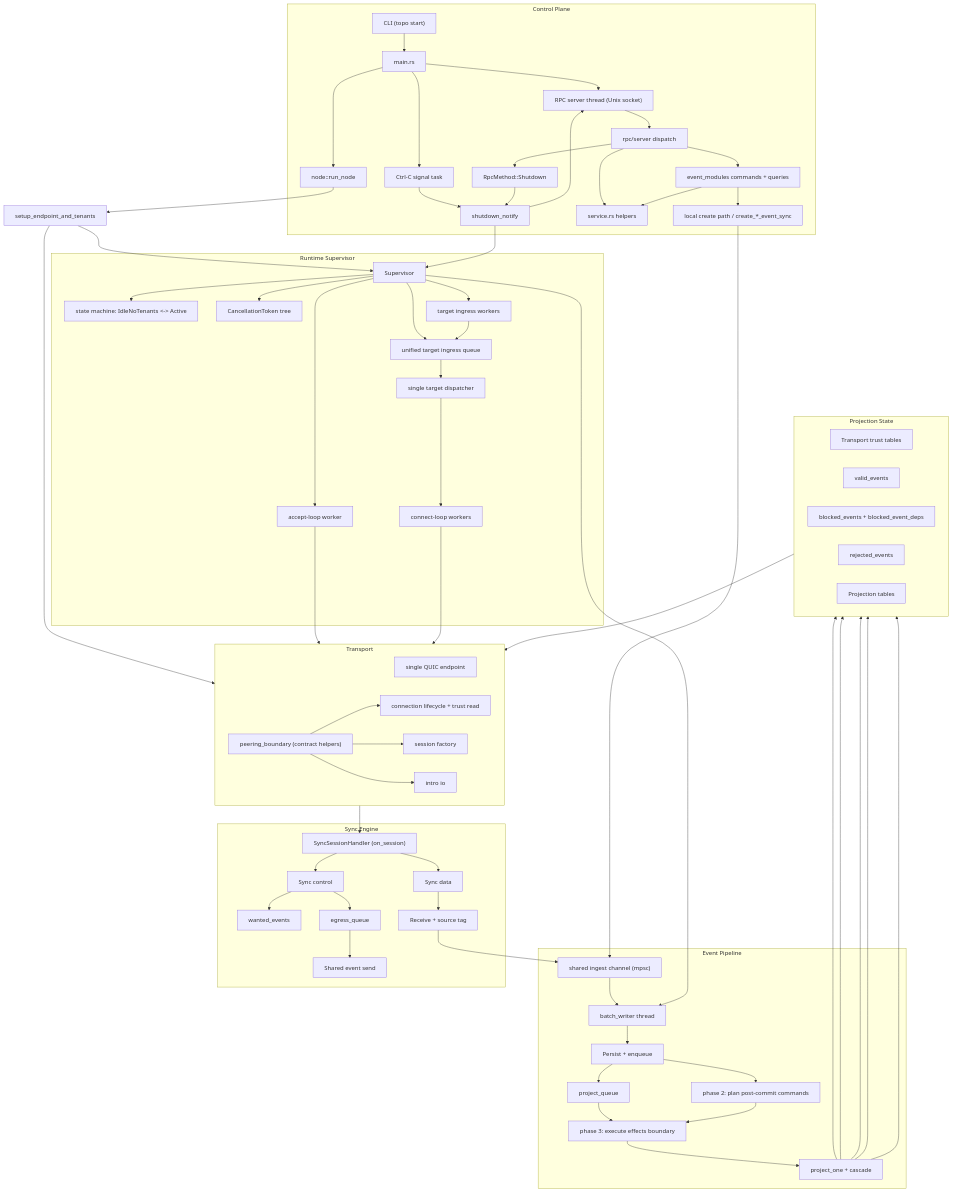
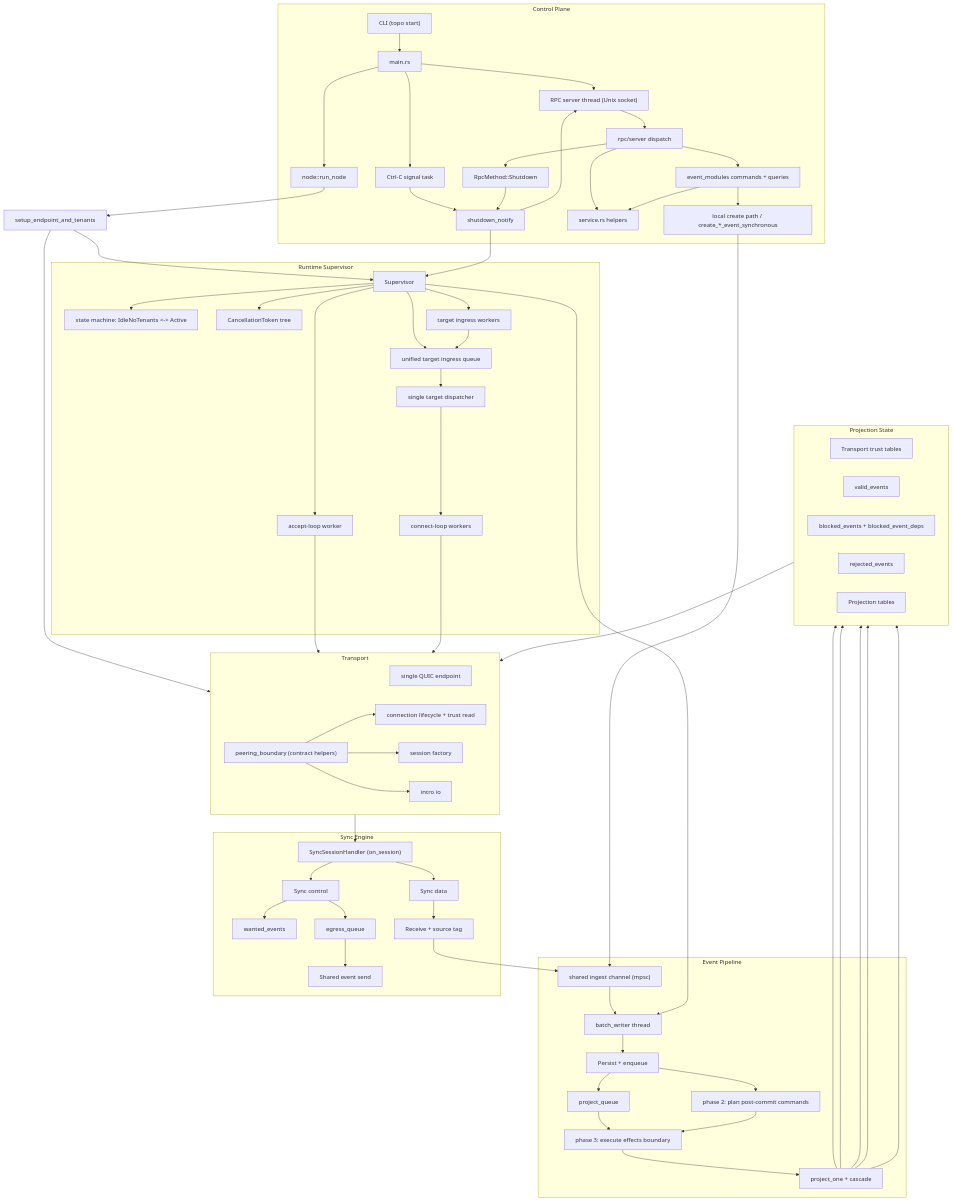
The fifth of 5 diagrams in docs/CURRENT_RUNTIME_DIAGRAM.md (holmesworcester/topo), drawn with Mermaid before and after one commit. The commit also changed other lines of this file and 18 other files, not shown here.

Commit message:
Rename create_*_sync APIs to create_*_synchronous

```diff
--- a/docs/CURRENT_RUNTIME_DIAGRAM.md
+++ b/docs/CURRENT_RUNTIME_DIAGRAM.md
@@ -135,7 +135,7 @@
       DISPATCH --> EMQ["event_modules commands + queries"]
       DISPATCH --> SVC["service.rs helpers"]
       EMQ --> SVC
-      EMQ --> LOCAL["local create path / create_*_event_sync"]
+      EMQ --> LOCAL["local create path / create_*_event_synchronous"]
     end
 
     START["setup_endpoint_and_tenants"]
```
